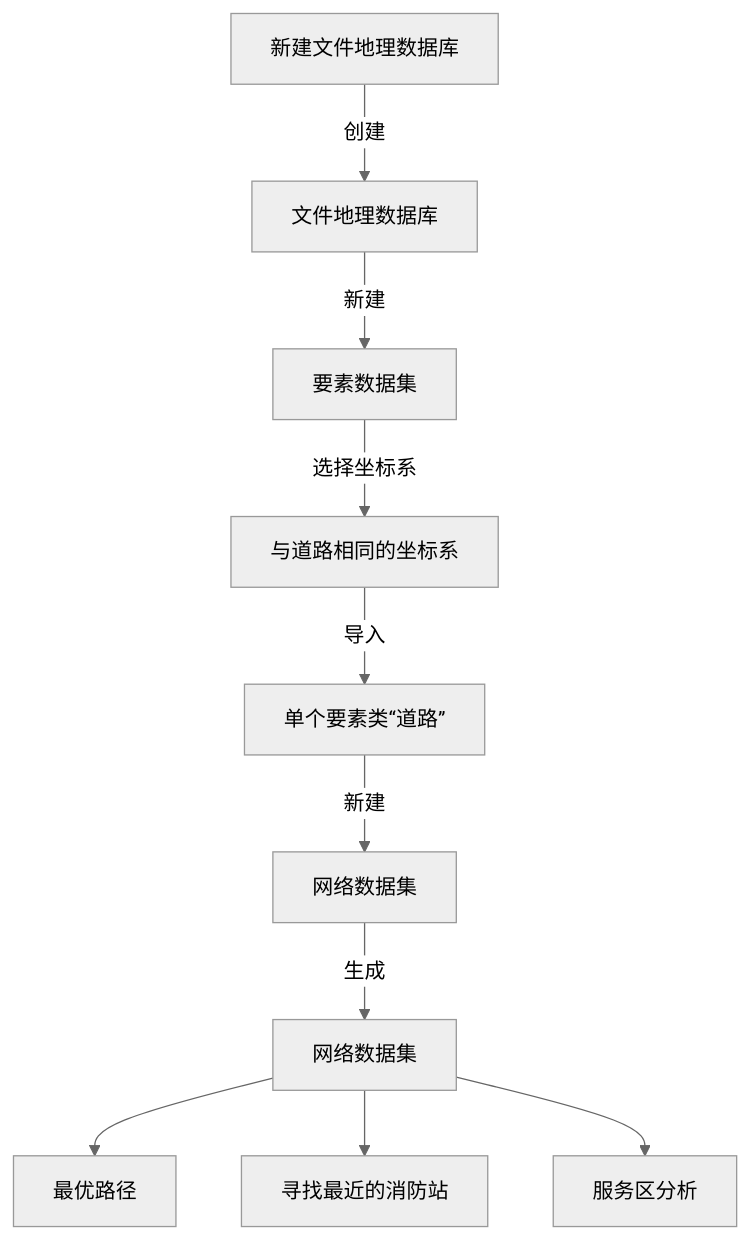
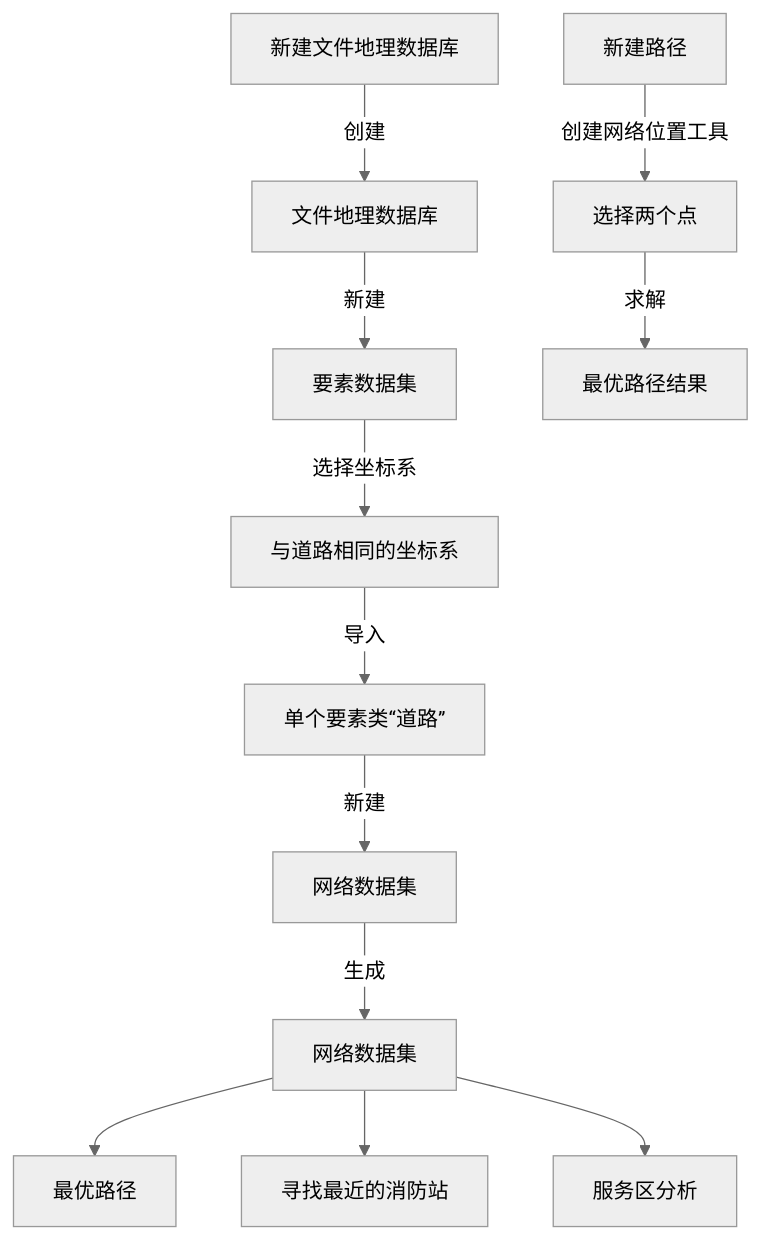
One commit to newguser/iodraw-files changed the diagram in all/未命名.md. Above: the diagram before and after it, drawn with Mermaid (neutral theme).

Commit message:
2025-02-27 21:15:27 update

````diff
--- a/all/未命名.md
+++ b/all/未命名.md
@@ -1,12 +1,14 @@
 ```mermaid
 graph TD
     A[新建文件地理数据库] -->|创建| B[文件地理数据库]
     B -->|新建| C[要素数据集]
     C -->|选择坐标系| D[与道路相同的坐标系]
     D -->|导入| E[单个要素类“道路”]
     E -->|新建| F[网络数据集]
     F -->|生成| G[网络数据集]
     G[网络数据集] -->H[最优路径]
     G[网络数据集] -->I[寻找最近的消防站]
     G[网络数据集] -->J[服务区分析]
+    B1[新建路径] -->|创建网络位置工具| B2[选择两个点]
+        B2 -->|求解| B3[最优路径结果]
 ```
````
